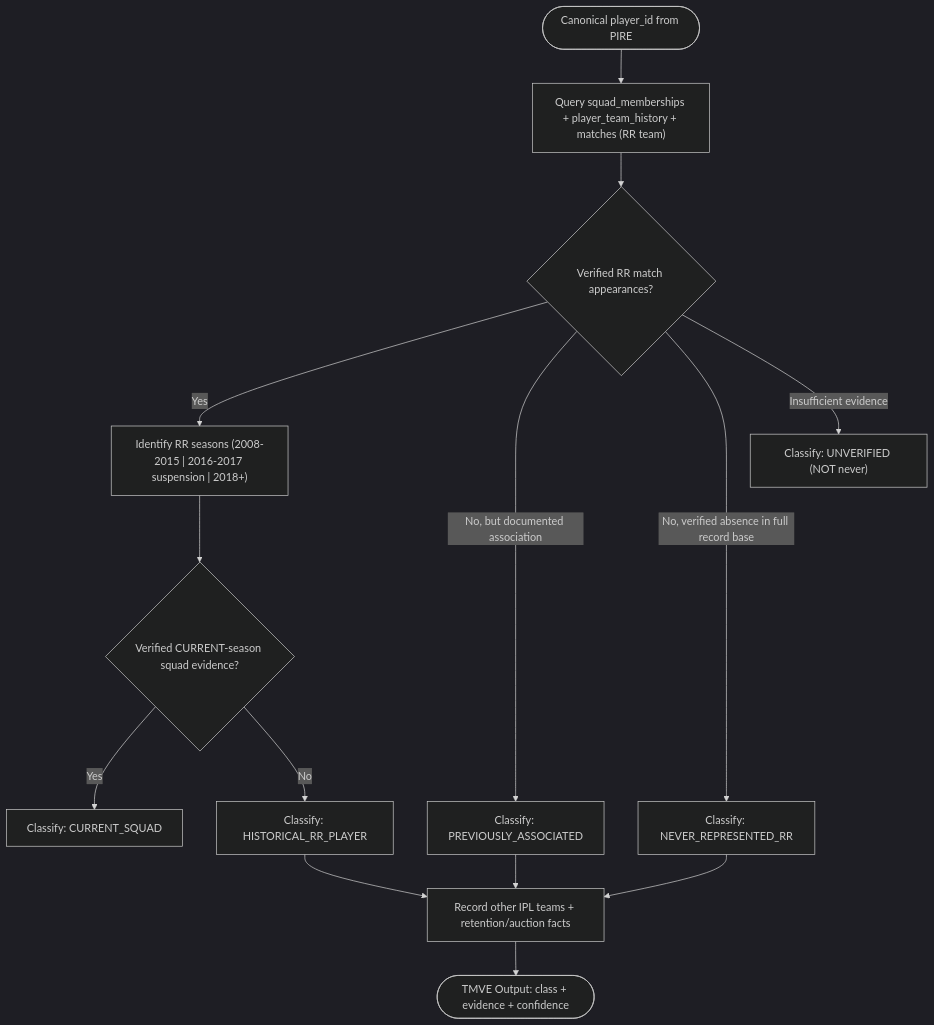
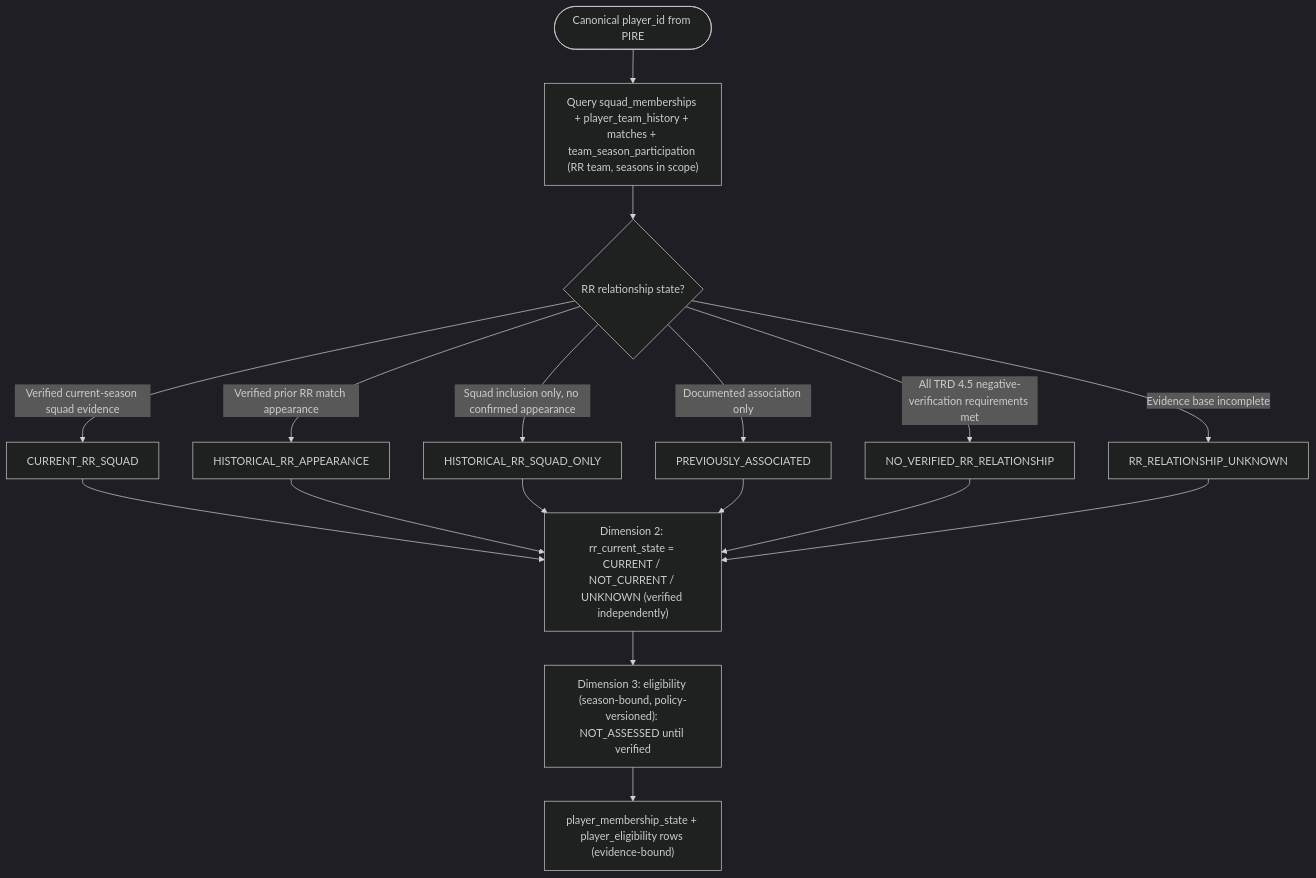
One commit to Subhadip-Paul2006/IPL_Team changed the fourth of 10 diagrams in docs/ARCHITECTURE.md. Above: the diagram before and after it, drawn with Mermaid (dark theme). The commit also changed other lines of this file, not shown here.

````diff
--- a/docs/ARCHITECTURE.md
+++ b/docs/ARCHITECTURE.md
@@ -193,16 +200,19 @@
 ```mermaid
 flowchart TD
-    P(["Canonical player_id from PIRE"]) --> QueryHist["Query squad_memberships + player_team_history + matches (RR team)"]
-    QueryHist --> HasApp{"Verified RR match appearances?"}
-    HasApp -- "Yes" --> Seasons["Identify RR seasons (2008-2015 | 2016-2017 suspension | 2018+)"]
-    Seasons --> CurrentCheck{"Verified CURRENT-season squad evidence?"}
-    CurrentCheck -- "Yes" --> CL_CURRENT["Classify: CURRENT_SQUAD"]
-    CurrentCheck -- "No" --> CL_HIST["Classify: HISTORICAL_RR_PLAYER"]
-    HasApp -- "No, but documented association" --> CL_ASSOC["Classify: PREVIOUSLY_ASSOCIATED"]
-    HasApp -- "No, verified absence in full record base" --> CL_NEVER["Classify: NEVER_REPRESENTED_RR"]
-    HasApp -- "Insufficient evidence" --> CL_UNVERIFIED["Classify: UNVERIFIED (NOT never)"]
-    CL_ASSOC --> Other["Record other IPL teams + retention/auction facts"]
-    CL_HIST --> Other
-    CL_NEVER --> Other
-    Other --> Out(["TMVE Output: class + evidence + confidence"])
+    P(["Canonical player_id from PIRE"]) --> QueryHist["Query squad_memberships + player_team_history + matches + team_season_participation (RR team, seasons in scope)"]
+    QueryHist --> Dim1{"RR relationship state?"}
+    Dim1 -- "Verified current-season squad evidence" --> R1["CURRENT_RR_SQUAD"]
+    Dim1 -- "Verified prior RR match appearance" --> R2["HISTORICAL_RR_APPEARANCE"]
+    Dim1 -- "Squad inclusion only, no confirmed appearance" --> R3["HISTORICAL_RR_SQUAD_ONLY"]
+    Dim1 -- "Documented association only" --> R4["PREVIOUSLY_ASSOCIATED"]
+    Dim1 -- "All TRD 4.5 negative-verification requirements met" --> R5["NO_VERIFIED_RR_RELATIONSHIP"]
+    Dim1 -- "Evidence base incomplete" --> R6["RR_RELATIONSHIP_UNKNOWN"]
+    R1 --> Dim2["Dimension 2: rr_current_state = CURRENT / NOT_CURRENT / UNKNOWN (verified independently)"]
+    R2 --> Dim2
+    R3 --> Dim2
+    R4 --> Dim2
+    R5 --> Dim2
+    R6 --> Dim2
+    Dim2 --> Dim3["Dimension 3: eligibility (season-bound, policy-versioned): NOT_ASSESSED until verified"]
+    Dim3 --> Persist["player_membership_state + player_eligibility rows (evidence-bound)"]
 ```
````
